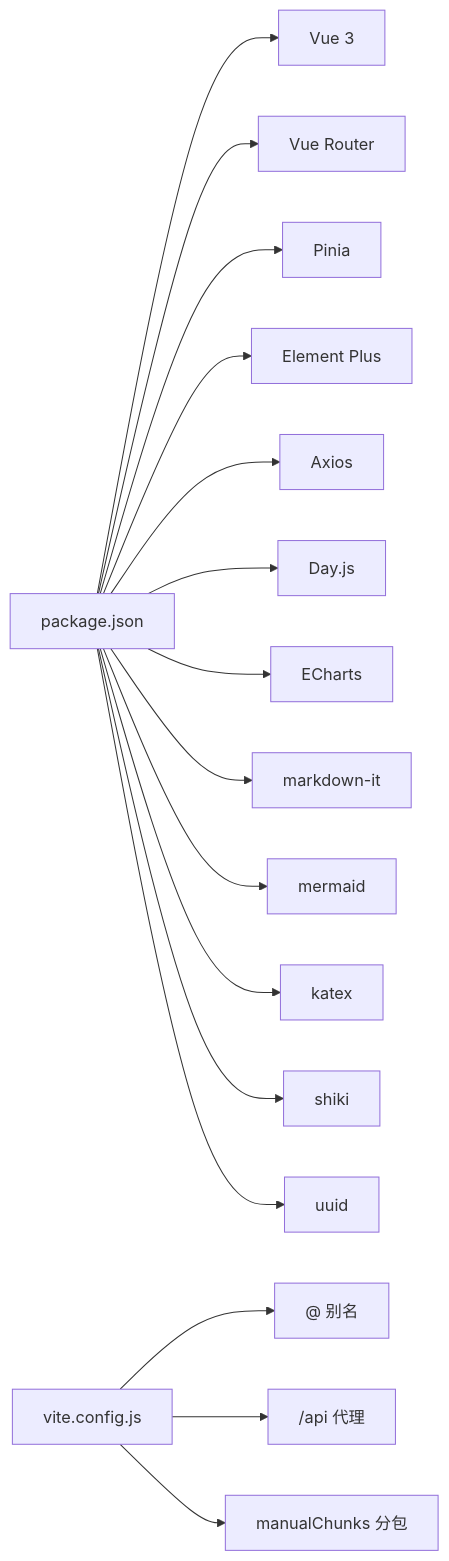
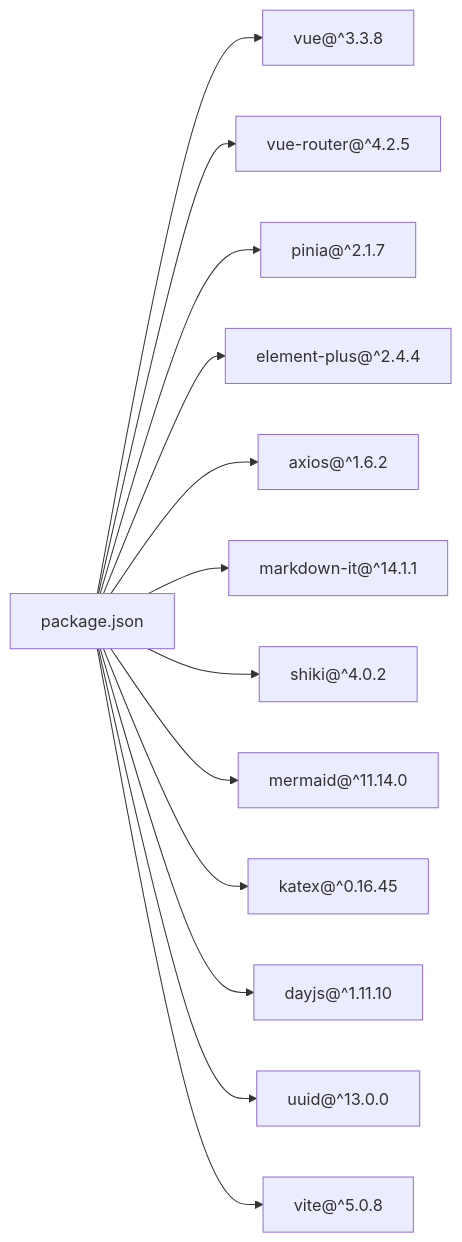
Before and after one commit to HanHuiOnLine/724-office: diagram 12 of 12 in NL2SQL/.qoder/repowiki/zh/content/前端应用/前端应用.md, drawn with Mermaid. The commit also changed other lines of this file and 170 other files, not shown here.

````diff
--- a/NL2SQL/.qoder/repowiki/zh/content/前端应用/前端应用.md
+++ b/NL2SQL/.qoder/repowiki/zh/content/前端应用/前端应用.md
@@ -347,18 +401,15 @@
 ```mermaid
 graph LR
-P["package.json"] --> V["Vue 3"]
-P --> VR["Vue Router"]
-P --> PI["Pinia"]
-P --> EP["Element Plus"]
-P --> AX["Axios"]
-P --> DJ["Day.js"]
-P --> EC["ECharts"]
-P --> MD["markdown-it"]
-P --> MR["mermaid"]
-P --> KT["katex"]
-P --> SH["shiki"]
-P --> UUID["uuid"]
-VC["vite.config.js"] --> ALIAS["@ 别名"]
-VC --> PROXY["/api 代理"]
-VC --> CHUNKS["manualChunks 分包"]
+P["package.json"] --> V["vue@^3.3.8"]
+P --> VR["vue-router@^4.2.5"]
+P --> PIN["pinia@^2.1.7"]
+P --> EP["element-plus@^2.4.4"]
+P --> AX["axios@^1.6.2"]
+P --> MD["markdown-it@^14.1.1"]
+P --> SH["shiki@^4.0.2"]
+P --> ME["mermaid@^11.14.0"]
+P --> KA["katex@^0.16.45"]
+P --> DJ["dayjs@^1.11.10"]
+P --> UUID["uuid@^13.0.0"]
+P --> VITE["vite@^5.0.8"]
 ```
````
